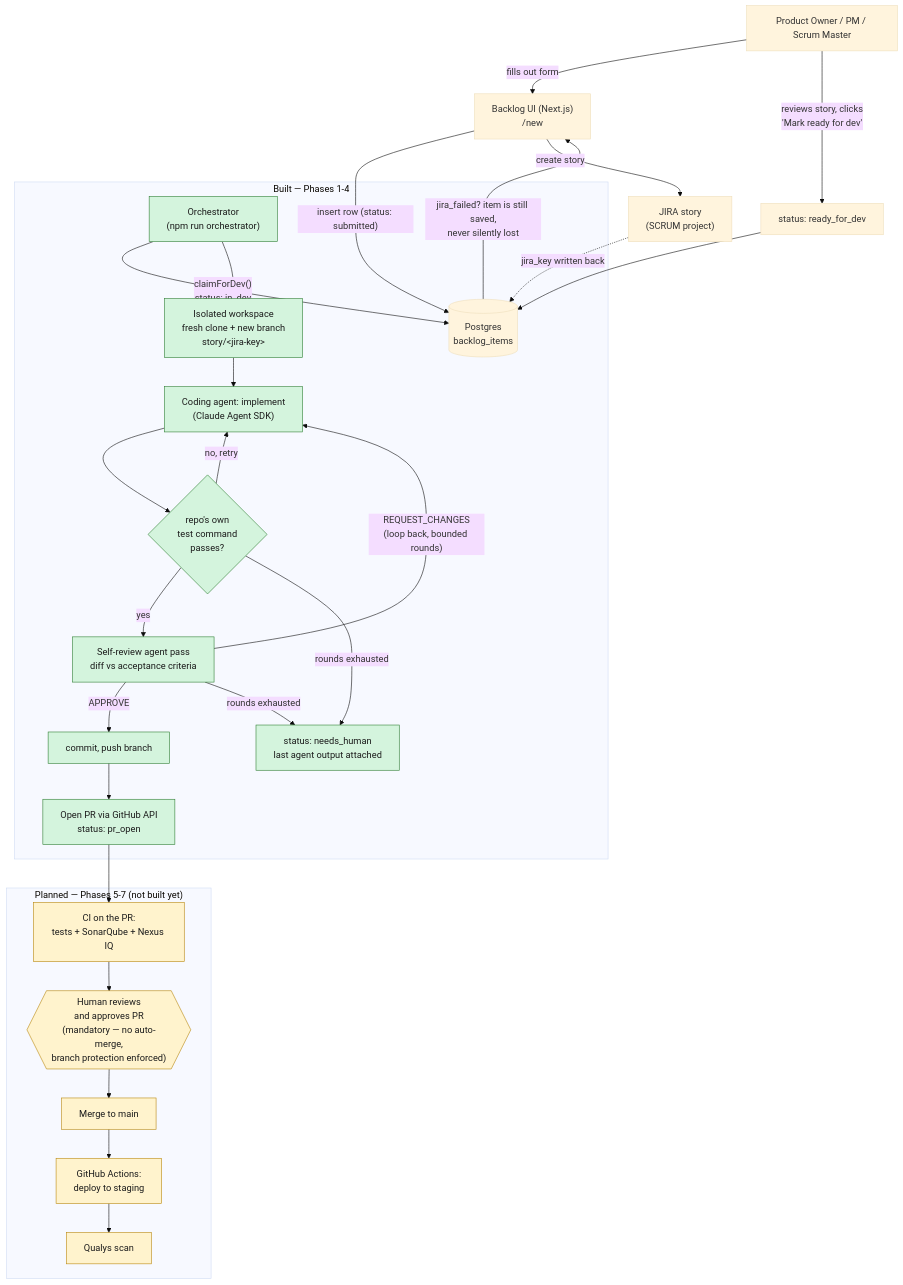
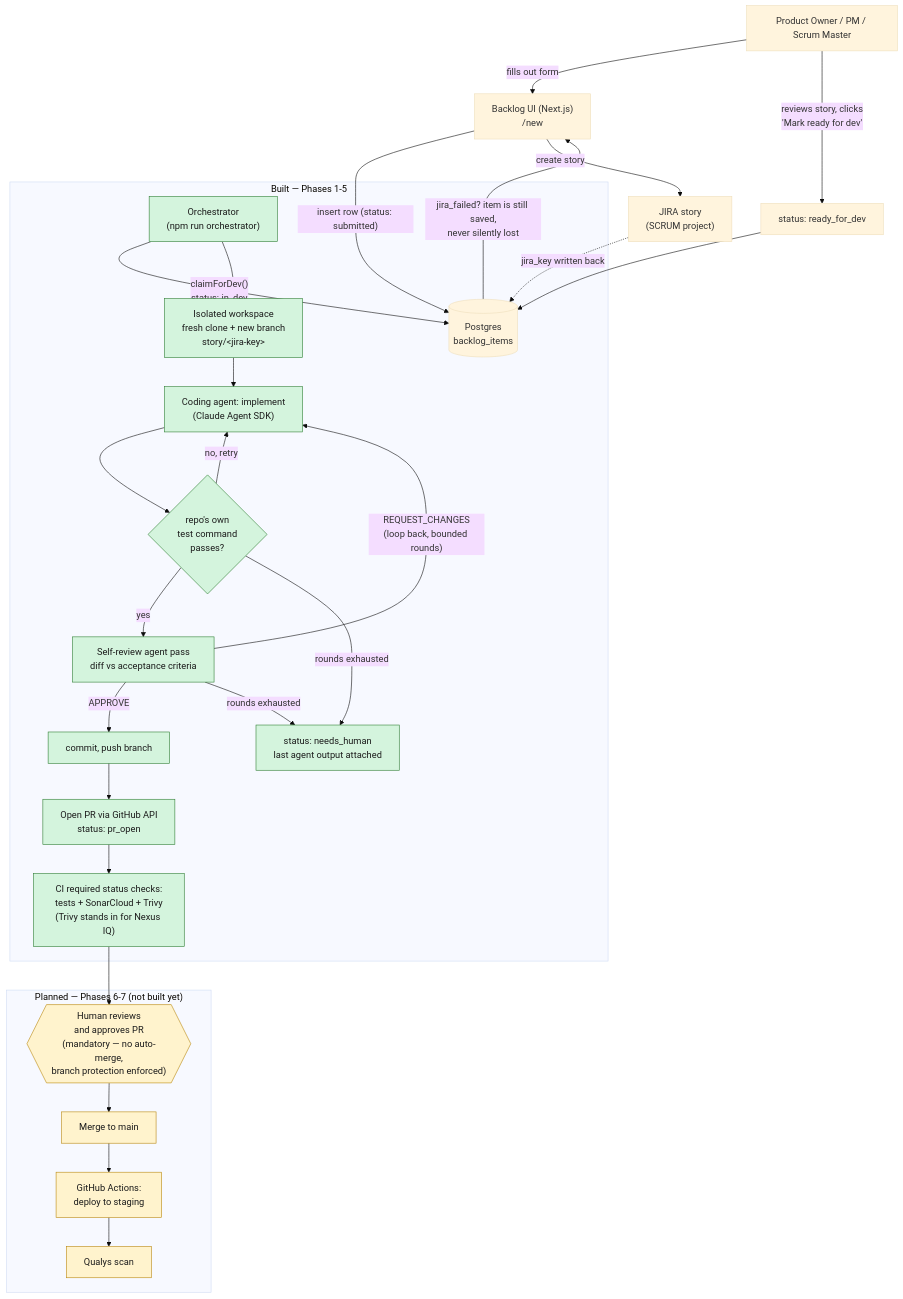
Before and after one commit to umahanish/ai-delivery-pipeline: the diagram in README.md, drawn with Mermaid (base theme). The commit also changed other lines of this file and 2 other files, not shown here.

First line of the commit message:
Document Phase 5 (CI on the PR), built in delivery-pipeline-sample-app

````diff
--- a/README.md
+++ b/README.md
@@ -36,41 +41,41 @@
 ```mermaid
 flowchart TD
     PM["Product Owner / PM / Scrum Master"] -->|fills out form| UI["Backlog UI (Next.js)\n/new"]
     UI -->|"insert row (status: submitted)"| DB[(Postgres\nbacklog_items)]
     UI -->|create story| JIRA["JIRA story\n(SCRUM project)"]
     JIRA -.->|jira_key written back| DB
     DB -->|"jira_failed? item is still saved,\nnever silently lost"| UI
 
     PM -->|"reviews story, clicks\n'Mark ready for dev'"| READY["status: ready_for_dev"]
     READY --> DB
 
-    subgraph BUILT["Built — Phases 1-4"]
+    subgraph BUILT["Built — Phases 1-5"]
         ORCH["Orchestrator\n(npm run orchestrator)"] -->|"claimForDev()\nstatus: in_dev"| DB
         ORCH --> WS["Isolated workspace\nfresh clone + new branch\nstory/&lt;jira-key&gt;"]
         WS --> IMPL["Coding agent: implement\n(Claude Agent SDK)"]
         IMPL --> TEST{"repo's own\ntest command\npasses?"}
         TEST -- no, retry --> IMPL
         TEST -- yes --> REVIEW["Self-review agent pass\ndiff vs acceptance criteria"]
         REVIEW -- "REQUEST_CHANGES\n(loop back, bounded rounds)" --> IMPL
         REVIEW -- APPROVE --> PUSH["commit, push branch"]
         PUSH --> PR["Open PR via GitHub API\nstatus: pr_open"]
         TEST -- "rounds exhausted" --> STUCK["status: needs_human\nlast agent output attached"]
         REVIEW -- "rounds exhausted" --> STUCK
+        PR --> CI["CI required status checks:\ntests + SonarCloud + Trivy\n(Trivy stands in for Nexus IQ)"]
     end
 
-    subgraph PLANNED["Planned — Phases 5-7 (not built yet)"]
-        CI["CI on the PR:\ntests + SonarQube + Nexus IQ"]
+    subgraph PLANNED["Planned — Phases 6-7 (not built yet)"]
         GATE{{"Human reviews\nand approves PR\n(mandatory — no auto-merge,\nbranch protection enforced)"}}
         MERGE["Merge to main"]
         DEPLOY["GitHub Actions:\ndeploy to staging"]
         QUALYS["Qualys scan"]
-        CI --> GATE --> MERGE --> DEPLOY --> QUALYS
+        GATE --> MERGE --> DEPLOY --> QUALYS
     end
 
-    PR --> CI
+    CI --> GATE
 
     classDef built fill:#d4f4dd,stroke:#2e7d32,color:#1b1b1b;
     classDef planned fill:#fff3cd,stroke:#b8860b,color:#1b1b1b;
-    class ORCH,WS,IMPL,TEST,REVIEW,PUSH,PR,STUCK built;
-    class CI,GATE,MERGE,DEPLOY,QUALYS planned;
+    class ORCH,WS,IMPL,TEST,REVIEW,PUSH,PR,STUCK,CI built;
+    class GATE,MERGE,DEPLOY,QUALYS planned;
 ```
````
